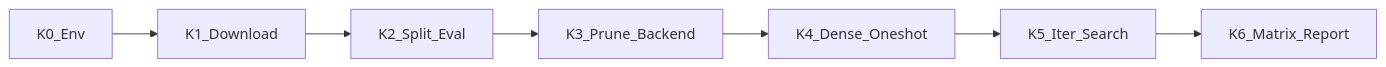
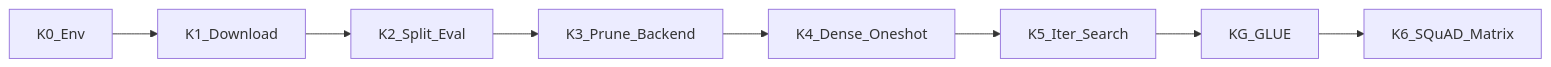
The diagram in docs/PHASE_K_QWEN_PLAN.md (upUpUP-cody/Model-Compression), drawn with Mermaid before and after one commit. The commit also changed other lines of this file and 35 other files, not shown here.

````diff
--- a/docs/PHASE_K_QWEN_PLAN.md
+++ b/docs/PHASE_K_QWEN_PLAN.md
@@ -72,11 +110,12 @@
 ```mermaid
 flowchart LR
   k0[K0_Env]
   k1[K1_Download]
   k2[K2_Split_Eval]
   k3[K3_Prune_Backend]
   k4[K4_Dense_Oneshot]
   k5[K5_Iter_Search]
-  k6[K6_Matrix_Report]
-  k0 --> k1 --> k2 --> k3 --> k4 --> k5 --> k6
+  kg[KG_GLUE]
+  k6[K6_SQuAD_Matrix]
+  k0 --> k1 --> k2 --> k3 --> k4 --> k5 --> kg --> k6
 ```
````
